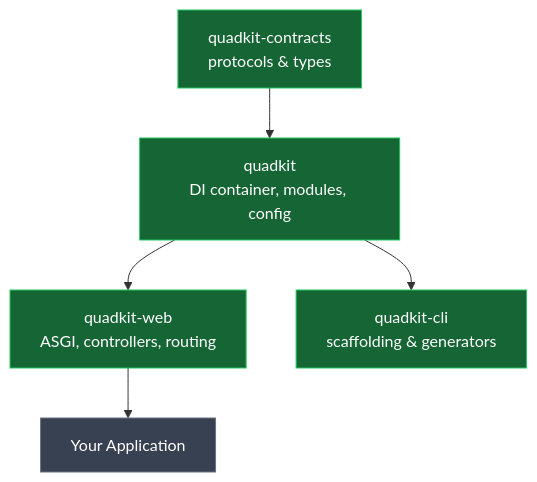
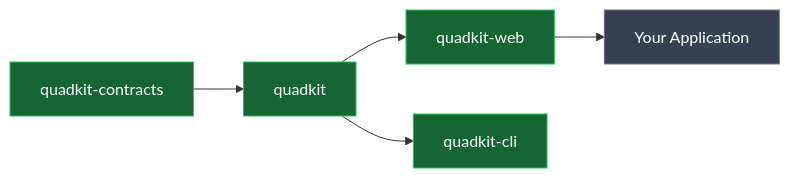
One commit to dbtinoy-/quadkit changed the diagram in README.md. Above: the diagram before and after it, drawn with Mermaid. The commit also changed other lines of this file and 2146 other files, not shown here.

````diff
--- a/README.md
+++ b/README.md
@@ -73,13 +75,11 @@
 ```mermaid
-graph TD
-    QC[quadkit-contracts<br/>protocols & types] --> Q[quadkit<br/>DI container, modules, config]
-    Q --> W[quadkit-web<br/>ASGI, controllers, routing]
-    Q --> CLI[quadkit-cli<br/>scaffolding & generators]
-    W --> APP[Your Application]
+graph LR
+    QC[quadkit-contracts] --> Q[quadkit] --> W[quadkit-web] --> APP[Your&nbsp;Application]
+    Q --> CLI[quadkit-cli]
 
     style QC fill:#166534,stroke:#22c55e,color:#fff
     style Q fill:#166534,stroke:#22c55e,color:#fff
     style W fill:#166534,stroke:#22c55e,color:#fff
     style CLI fill:#166534,stroke:#22c55e,color:#fff
     style APP fill:#374151,stroke:#6b7280,color:#fff
 ```
````
